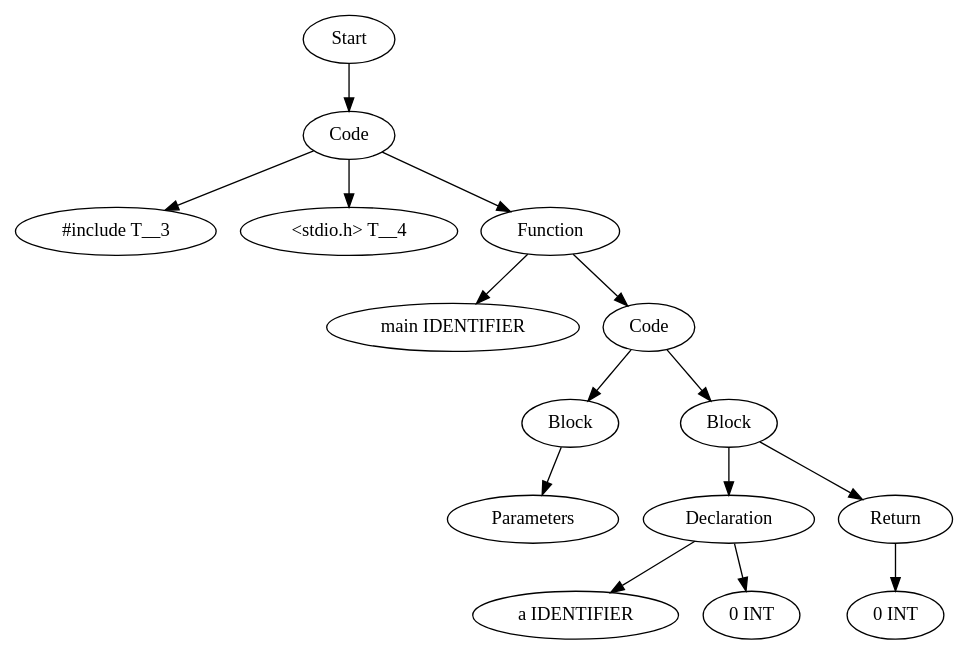
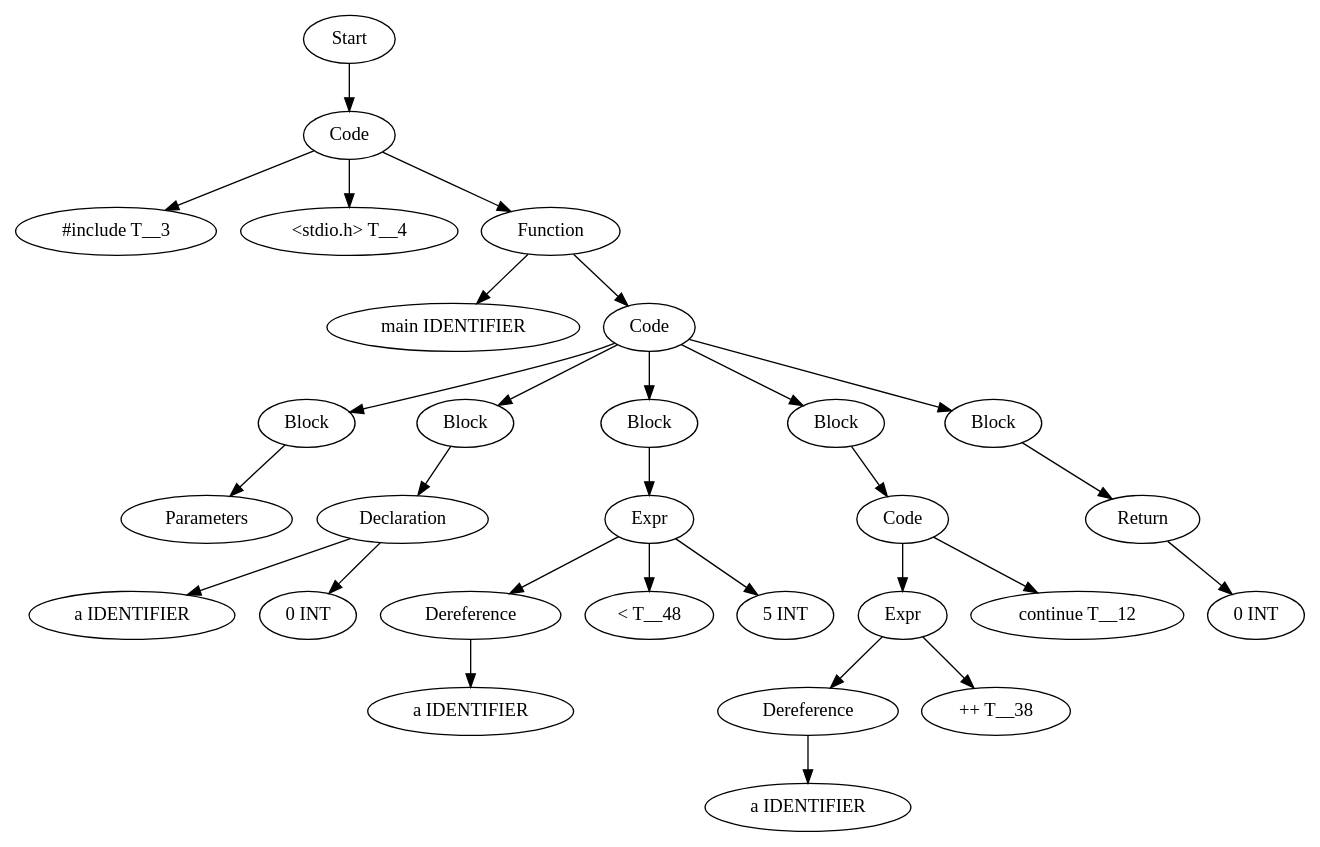
The diagram in TestCases/ASTTests/DeadCodeRemoveTests/createTests/read_file_after.dot (Are-you-listening/Compilers), drawn with Graphviz before and after one commit. The commit also changed 184 other files, not shown here.

```diff
--- a/TestCases/ASTTests/DeadCodeRemoveTests/createTests/read_file_after.dot
+++ b/TestCases/ASTTests/DeadCodeRemoveTests/createTests/read_file_after.dot
@@ -1,31 +1,59 @@
 digraph AST {
-  "137896635257504" [label="Start"];
-  "137896635257504" -> "137896635258752";
-  "137896635258752" [label="Code"];
-  "137896635258752" -> "137896635260480";
-  "137896635258752" -> "137896635266720";
-  "137896635258752" -> "137896635260432";
-  "137896635260480" [label="#include T__3"];
-  "137896635266720" [label="<stdio.h> T__4"];
-  "137896635260432" [label="Function"];
-  "137896635260432" -> "137896635257792";
-  "137896635260432" -> "137896635256880";
-  "137896635257792" [label="main IDENTIFIER"];
-  "137896635256880" [label="Code"];
-  "137896635256880" -> "137896635262688";
-  "137896635256880" -> "137896635483904";
-  "137896635262688" [label="Block"];
-  "137896635262688" -> "137896635259424";
-  "137896635259424" [label="Parameters"];
-  "137896635483904" [label="Block"];
-  "137896635483904" -> "137896635483808";
-  "137896635483904" -> "137896635483856";
-  "137896635483808" [label="Declaration"];
-  "137896635483808" -> "137896635484240";
-  "137896635483808" -> "137896635484288";
-  "137896635484240" [label="a IDENTIFIER"];
-  "137896635484288" [label="0 INT"];
-  "137896635483856" [label="Return"];
-  "137896635483856" -> "137896635484384";
-  "137896635484384" [label="0 INT"];
+  "139177248259856" [label="Start"];
+  "139177248259856" -> "139177248483040";
+  "139177248483040" [label="Code"];
+  "139177248483040" -> "139177248480880";
+  "139177248483040" -> "139177248481792";
+  "139177248483040" -> "139177248481840";
+  "139177248480880" [label="#include T__3"];
+  "139177248481792" [label="<stdio.h> T__4"];
+  "139177248481840" [label="Function"];
+  "139177248481840" -> "139177248480208";
+  "139177248481840" -> "139177248480784";
+  "139177248480208" [label="main IDENTIFIER"];
+  "139177248480784" [label="Code"];
+  "139177248480784" -> "139177248480112";
+  "139177248480784" -> "139177248479680";
+  "139177248480784" -> "139177248479200";
+  "139177248480784" -> "139177248482176";
+  "139177248480784" -> "139177248476512";
+  "139177248480112" [label="Block"];
+  "139177248480112" -> "139177248479728";
+  "139177248479728" [label="Parameters"];
+  "139177248479680" [label="Block"];
+  "139177248479680" -> "139177248479392";
+  "139177248479392" [label="Declaration"];
+  "139177248479392" -> "139177248479248";
+  "139177248479392" -> "139177248479296";
+  "139177248479248" [label="a IDENTIFIER"];
+  "139177248479296" [label="0 INT"];
+  "139177248479200" [label="Block"];
+  "139177248479200" -> "139177248479056";
+  "139177248479056" [label="Expr"];
+  "139177248479056" -> "139177248480352";
+  "139177248479056" -> "139177248482128";
+  "139177248479056" -> "139177248480064";
+  "139177248480352" [label="Dereference"];
+  "139177248480352" -> "139177248480016";
+  "139177248480016" [label="a IDENTIFIER"];
+  "139177248482128" [label="< T__48"];
+  "139177248480064" [label="5 INT"];
+  "139177248482176" [label="Block"];
+  "139177248482176" -> "139177248482032";
+  "139177248482032" [label="Code"];
+  "139177248482032" -> "139177248473392";
+  "139177248482032" -> "139177248476224";
+  "139177248473392" [label="Expr"];
+  "139177248473392" -> "139177248477088";
+  "139177248473392" -> "139177248474064";
+  "139177248477088" [label="Dereference"];
+  "139177248477088" -> "139177248476656";
+  "139177248476656" [label="a IDENTIFIER"];
+  "139177248474064" [label="++ T__38"];
+  "139177248476224" [label="continue T__12"];
+  "139177248476512" [label="Block"];
+  "139177248476512" -> "139177248476560";
+  "139177248476560" [label="Return"];
+  "139177248476560" -> "139177248483088";
+  "139177248483088" [label="0 INT"];
 }
```
